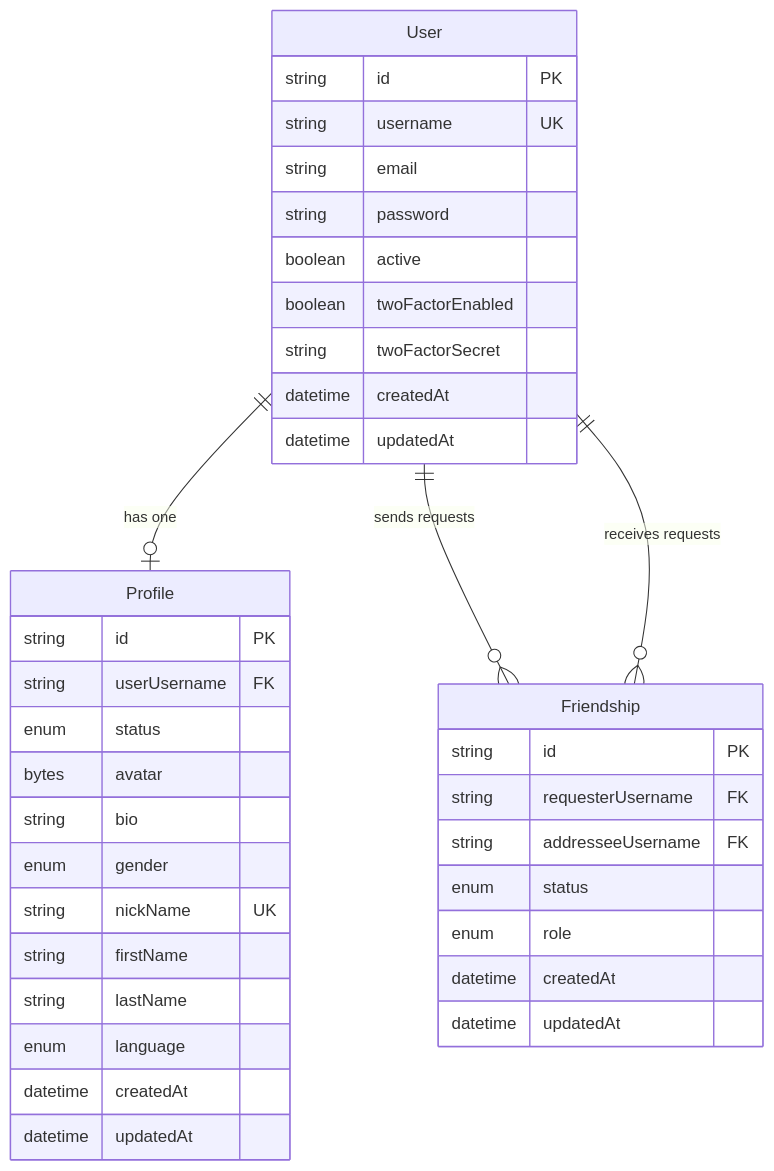
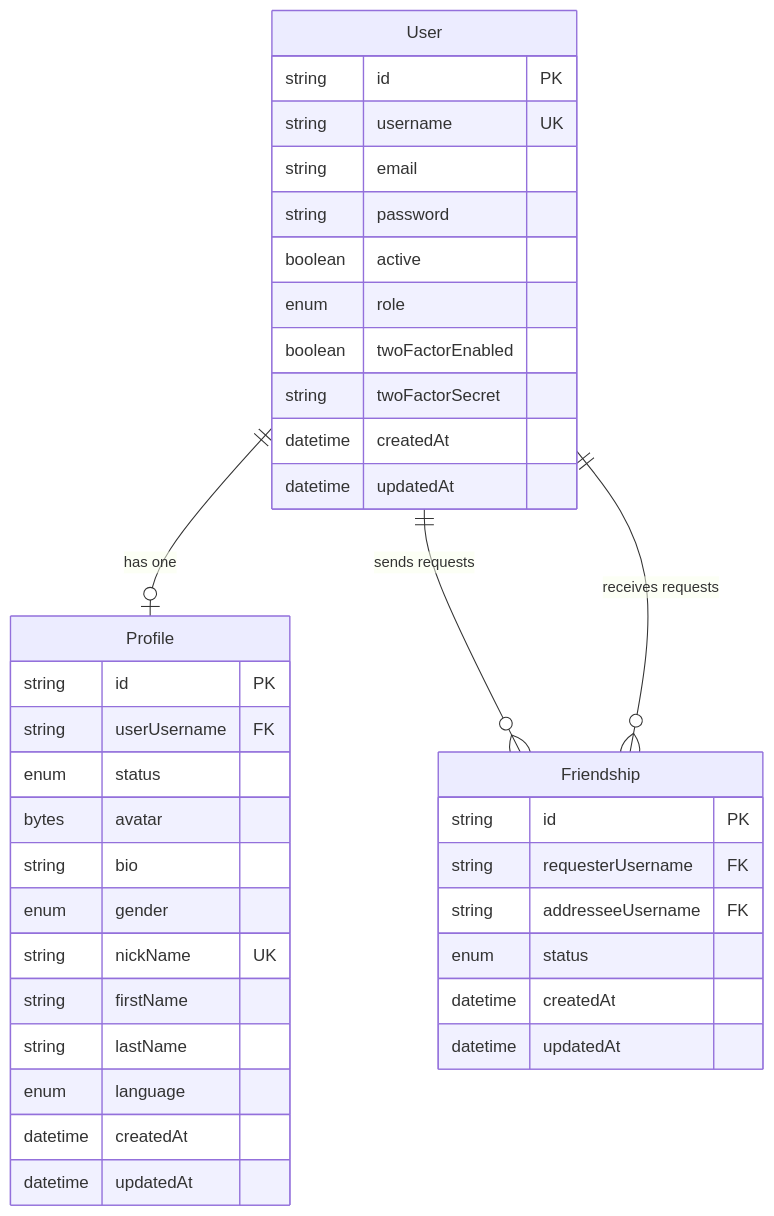
One commit to ft-transcendence-2025/User-Management changed the fourth of 6 diagrams in README.md. Above: the diagram before and after it, drawn with Mermaid. The commit also changed other lines of this file and 2 other files, not shown here.

Commit message:
feat: Move role attribute from Friendship to User model; update migration to reflect changes

````diff
--- a/README.md
+++ b/README.md
@@ -199,43 +199,43 @@
 ```mermaid
 erDiagram
     User {
         string id PK
         string username UK
         string email
         string password
         boolean active
+        enum role
         boolean twoFactorEnabled
         string twoFactorSecret
         datetime createdAt
         datetime updatedAt
     }
     
     Profile {
         string id PK
         string userUsername FK
         enum status
         bytes avatar
         string bio
         enum gender
         string nickName UK
         string firstName
         string lastName
         enum language
         datetime createdAt
         datetime updatedAt
     }
     
     Friendship {
         string id PK
         string requesterUsername FK
         string addresseeUsername FK
         enum status
-        enum role
         datetime createdAt
         datetime updatedAt
     }
     
     User ||--o| Profile : "has one"
     User ||--o{ Friendship : "sends requests"
     User ||--o{ Friendship : "receives requests"
 ```
````
